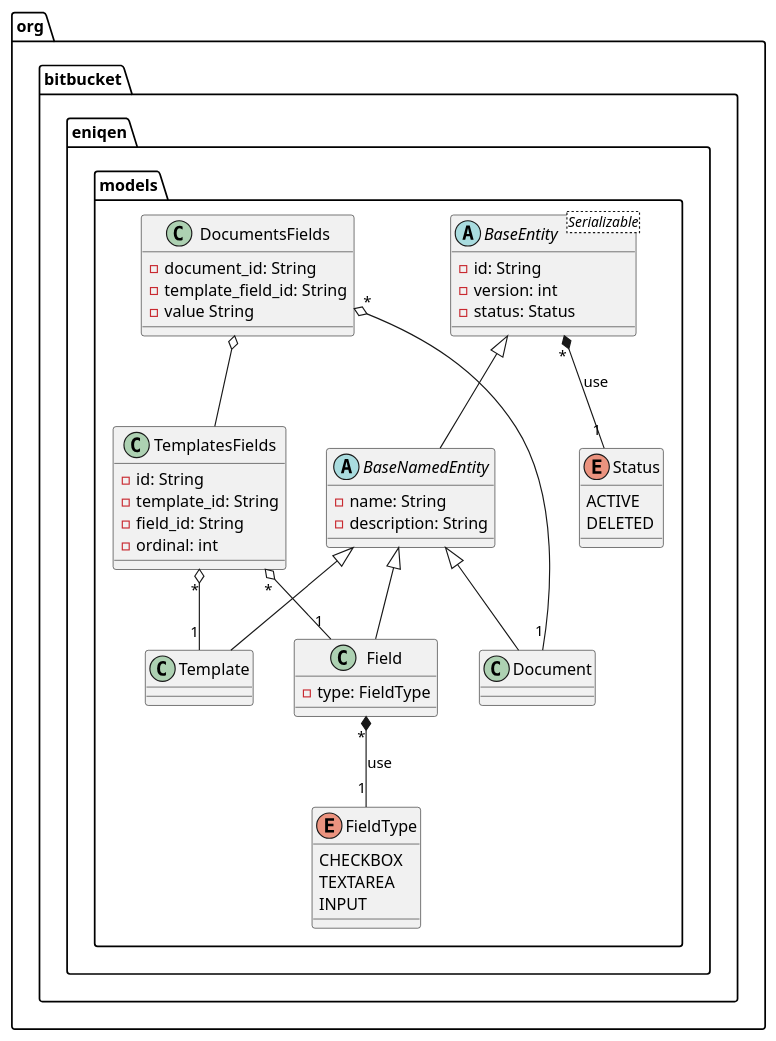
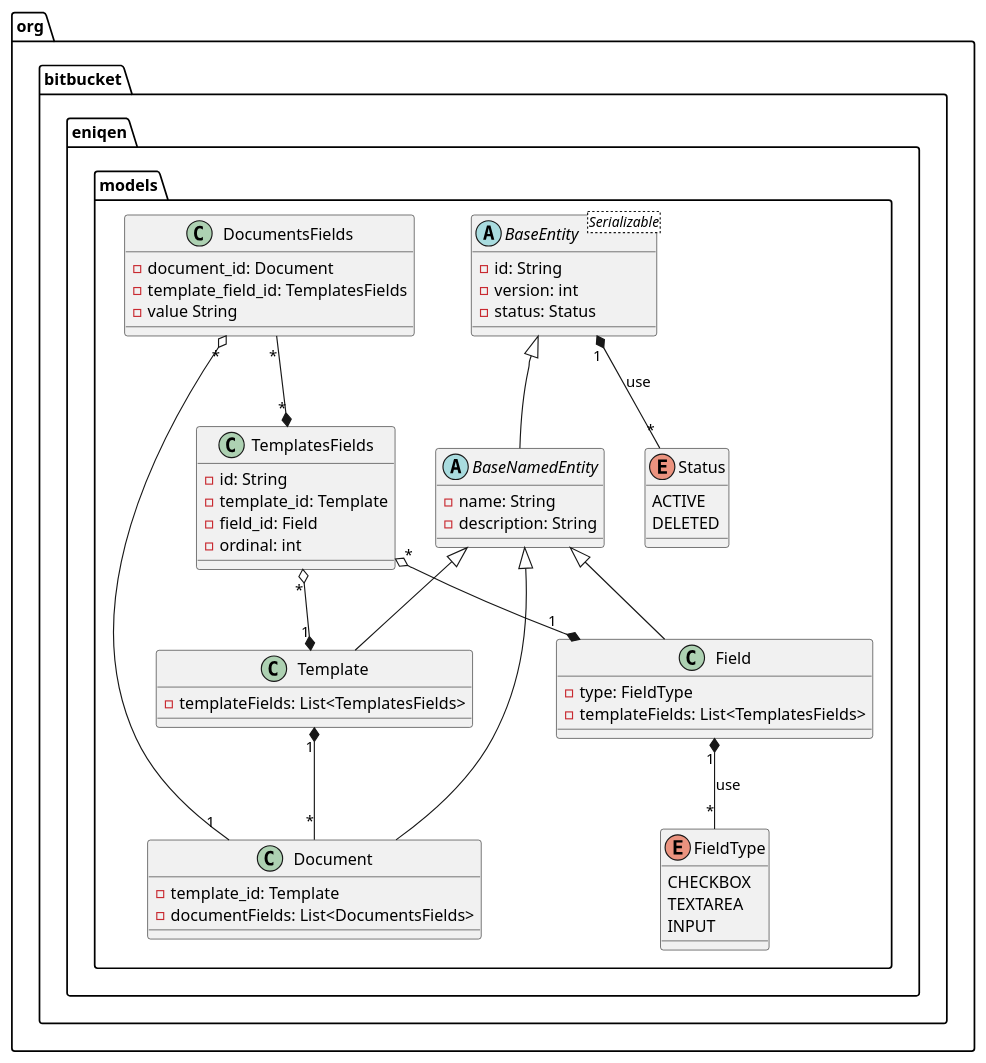
One commit to eniqen/template.system changed the diagram in diagrams/puml/ts_model.puml. Above: the diagram before and after it, drawn with PlantUML. The commit also changed 1 other file, not shown here.

Commit message:
правки по UML

```diff
--- a/diagrams/puml/ts_model.puml
+++ b/diagrams/puml/ts_model.puml
@@ -1,67 +1,72 @@
 @startuml
 
 package "org.bitbucket.eniqen.models" {
 
     abstract class BaseEntity <Serializable> {
         -id: String
         -version: int
         -status: Status
     }
 
     abstract class BaseNamedEntity {
         -name: String
         -description: String
     }
 
     class Template {
+    -templateFields: List<TemplatesFields>
     }
 
     class Document {
+        -template_id: Template
+        -documentFields: List<DocumentsFields>
     }
 
     class Field {
        -type: FieldType
+       -templateFields: List<TemplatesFields>
     }
 
     class TemplatesFields {
         -id: String
-        -template_id: String
-        -field_id: String
+        -template_id: Template
+        -field_id: Field
         -ordinal: int
 
     }
 
     class DocumentsFields {
-        -document_id: String
-        -template_field_id: String
+        -document_id: Document
+        -template_field_id: TemplatesFields
         -value String
     }
 
     enum FieldType {
         CHECKBOX
         TEXTAREA
         INPUT
     }
 
     enum Status {
         ACTIVE
         DELETED
     }
 
     BaseEntity <|-- BaseNamedEntity
+    BaseEntity "1" *-- "*" Status : use
+
     BaseNamedEntity <|-- Field
     BaseNamedEntity <|-- Template
     BaseNamedEntity <|-- Document
-    BaseEntity "*" *-- "1" Status : use
 
-    TemplatesFields "*" o-- "1" Template
-    TemplatesFields "*" o-- "1" Field
+    TemplatesFields "*" o--* "1" Template
+    TemplatesFields "*" o--* "1" Field
 
-    DocumentsFields o-- TemplatesFields
+    DocumentsFields "*" --* "*" TemplatesFields
     DocumentsFields "*" o-- "1" Document
 
-    Field "*" *-- "1" FieldType : use
-
+    Template "1" *-- "*" Document
+    Field "1" *-- "*" FieldType : use
 }
 
 @enduml
```
